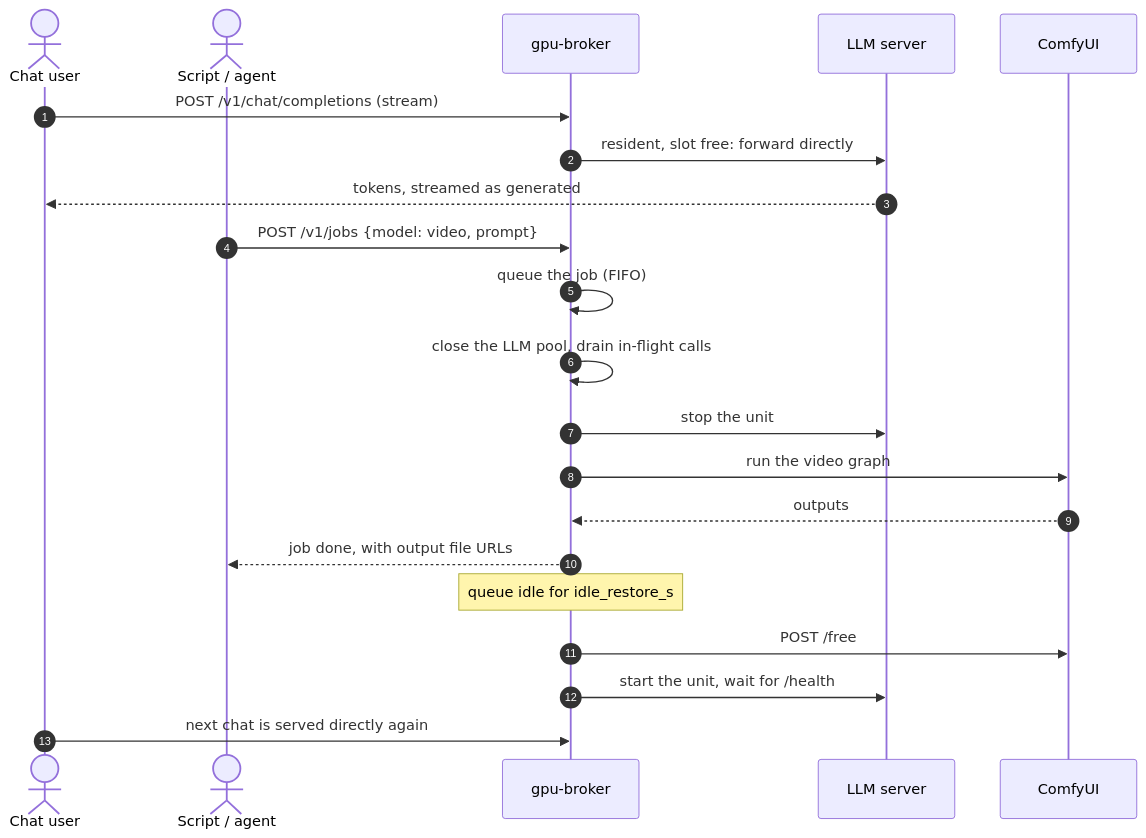
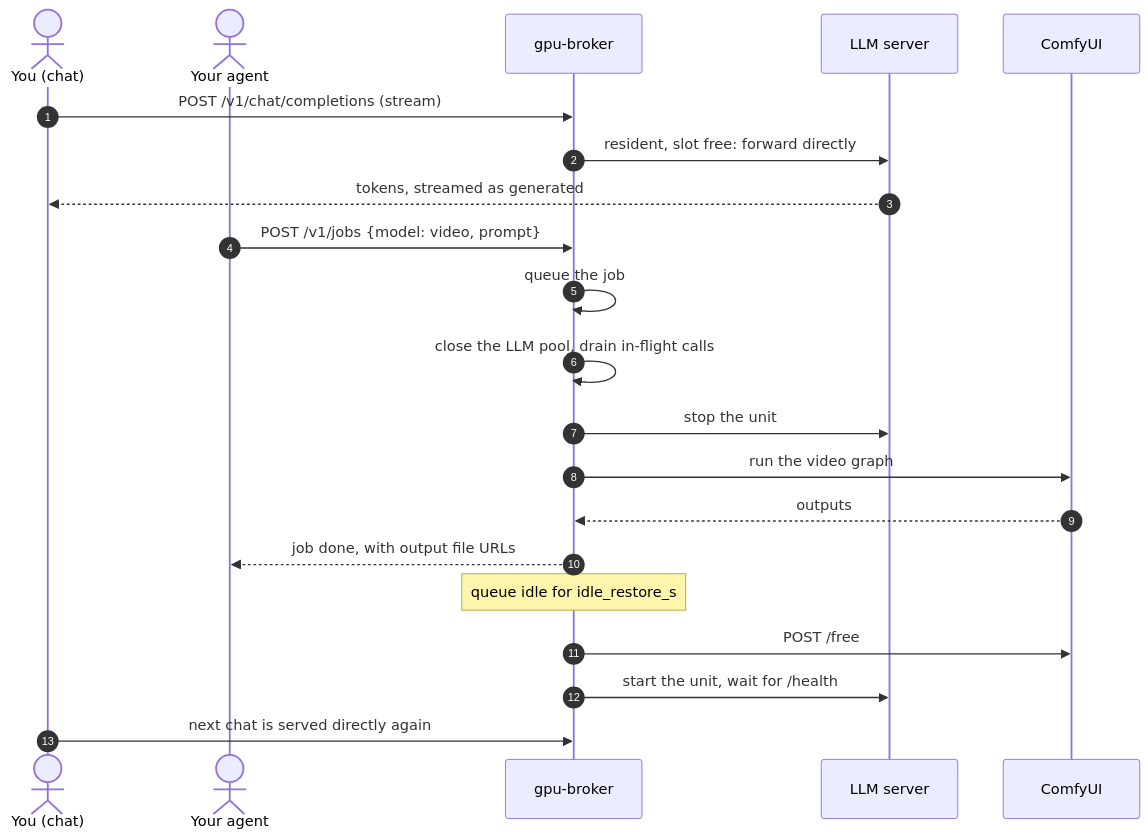
The diagram in README.md (emergenthq-net/gpu-broker), drawn with Mermaid before and after one commit. The commit also changed other lines of this file and 20 other files, not shown here.

````diff
--- a/README.md
+++ b/README.md
@@ -83,23 +181,23 @@
 ```mermaid
 sequenceDiagram
     autonumber
-    actor U as Chat user
-    actor A as Script / agent
+    actor U as You (chat)
+    actor A as Your agent
     participant B as gpu-broker
     participant L as LLM server
     participant C as ComfyUI
     U->>B: POST /v1/chat/completions (stream)
     B->>L: resident, slot free: forward directly
     L-->>U: tokens, streamed as generated
     A->>B: POST /v1/jobs {model: video, prompt}
-    B->>B: queue the job (FIFO)
+    B->>B: queue the job
     B->>B: close the LLM pool, drain in-flight calls
     B->>L: stop the unit
     B->>C: run the video graph
     C-->>B: outputs
     B-->>A: job done, with output file URLs
     Note over B: queue idle for idle_restore_s
     B->>C: POST /free
     B->>L: start the unit, wait for /health
     U->>B: next chat is served directly again
 ```
````
